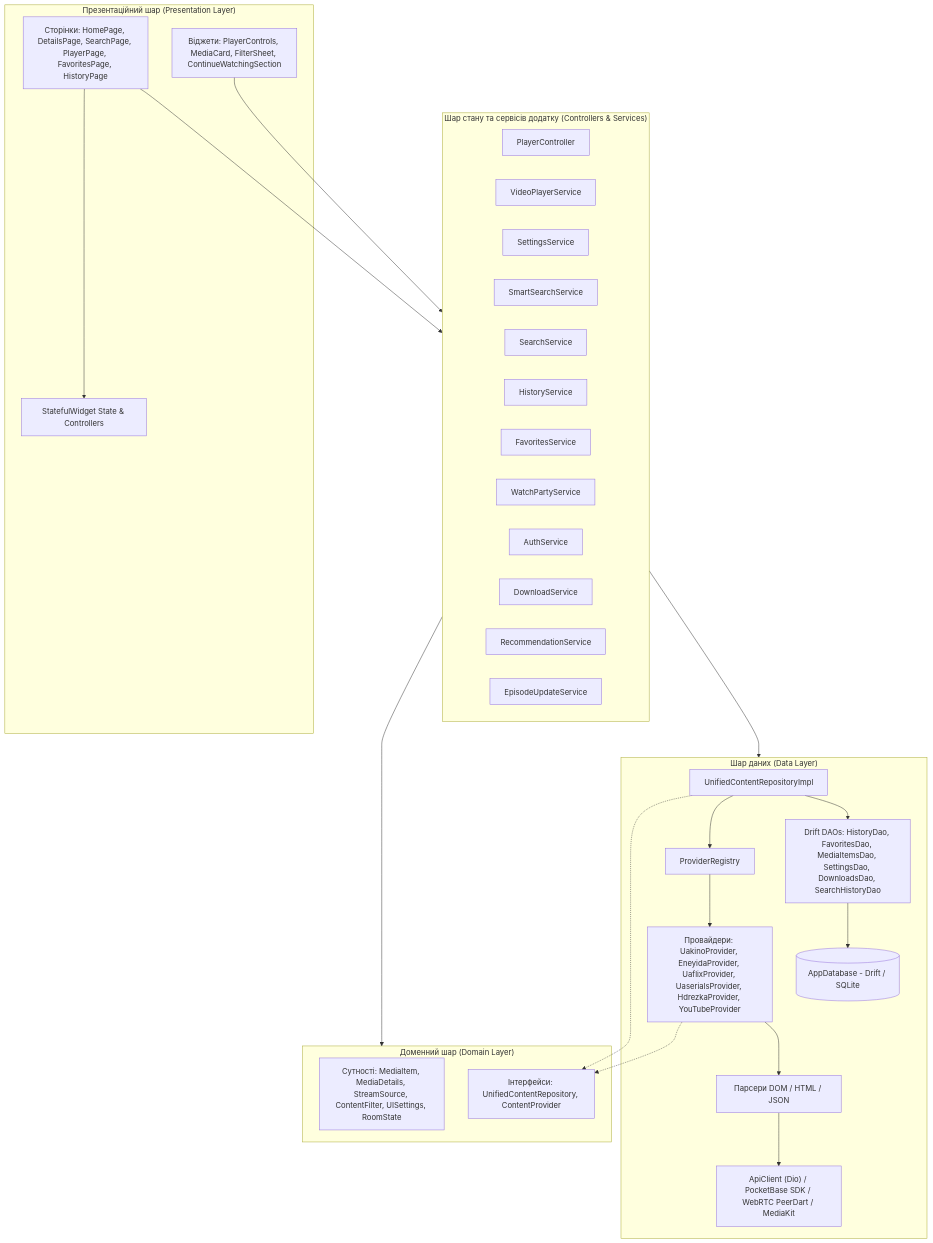
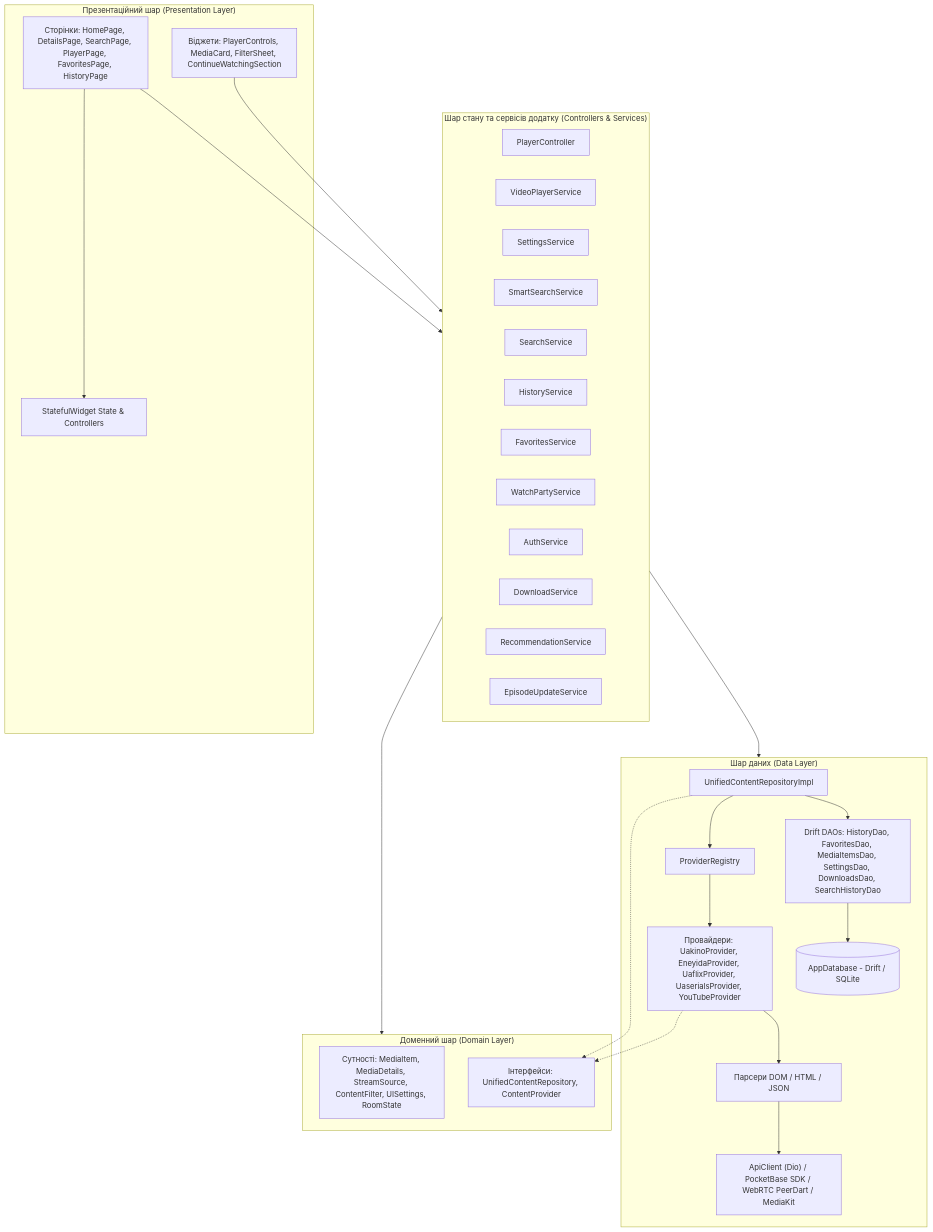
One commit to edhases/kadrbox changed the first of 11 diagrams in docs/05_STATE_MANAGEMENT_AND_WORKFLOWS.md. Above: the diagram before and after it, drawn with Mermaid. The commit also changed other lines of this file and 72 other files, not shown here.

````diff
--- a/docs/05_STATE_MANAGEMENT_AND_WORKFLOWS.md
+++ b/docs/05_STATE_MANAGEMENT_AND_WORKFLOWS.md
@@ -28,52 +28,52 @@
 ```mermaid
 flowchart TD
     subgraph PresentationLayer ["Презентаційний шар (Presentation Layer)"]
         UI_Pages["Сторінки: HomePage, DetailsPage, SearchPage, PlayerPage, FavoritesPage, HistoryPage"]
         UI_Widgets["Віджети: PlayerControls, MediaCard, FilterSheet, ContinueWatchingSection"]
         LocalState["StatefulWidget State & Controllers"]
     end
 
     subgraph ControllersServices ["Шар стану та сервісів додатку (Controllers & Services)"]
         PC[PlayerController]
         VPS[VideoPlayerService]
         SS[SettingsService]
         SSS[SmartSearchService]
         SrS[SearchService]
         HS[HistoryService]
         FS[FavoritesService]
         WPS[WatchPartyService]
         AS[AuthService]
         DS[DownloadService]
         RS[RecommendationService]
         EUS[EpisodeUpdateService]
     end
 
     subgraph DomainLayer ["Доменний шар (Domain Layer)"]
         Entities["Сутності: MediaItem, MediaDetails, StreamSource, ContentFilter, UISettings, RoomState"]
         Repos["Інтерфейси: UnifiedContentRepository, ContentProvider"]
     end
 
     subgraph DataLayer ["Шар даних (Data Layer)"]
         UCRI[UnifiedContentRepositoryImpl]
         PR[ProviderRegistry]
-        Providers["Провайдери: UakinoProvider, EneyidaProvider, UaflixProvider, UaserialsProvider, HdrezkaProvider, YouTubeProvider"]
+        Providers["Провайдери: UakinoProvider, EneyidaProvider, UaflixProvider, UaserialsProvider, YouTubeProvider"]
         Parsers["Парсери DOM / HTML / JSON"]
         DAOs["Drift DAOs: HistoryDao, FavoritesDao, MediaItemsDao, SettingsDao, DownloadsDao, SearchHistoryDao"]
         AppDB[(AppDatabase - Drift / SQLite)]
         Network["ApiClient (Dio) / PocketBase SDK / WebRTC PeerDart / MediaKit"]
     end
 
     UI_Pages --> ControllersServices
     UI_Widgets --> ControllersServices
     UI_Pages --> LocalState
     ControllersServices --> DomainLayer
     ControllersServices --> DataLayer
     UCRI -.-> Repos
     Providers -.-> Repos
     UCRI --> PR
     UCRI --> DAOs
     PR --> Providers
     Providers --> Parsers
     Parsers --> Network
     DAOs --> AppDB
 ```
````
